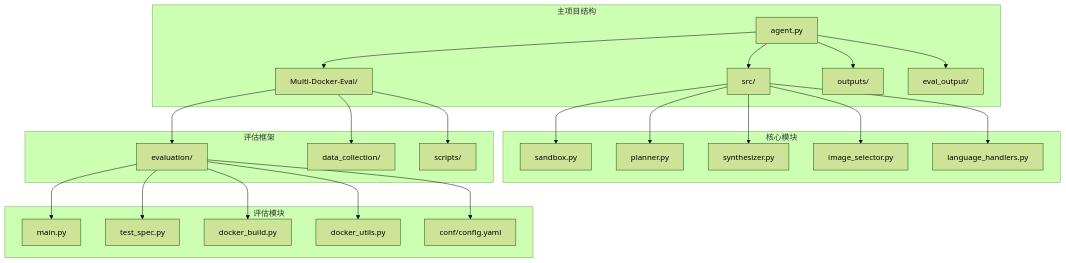
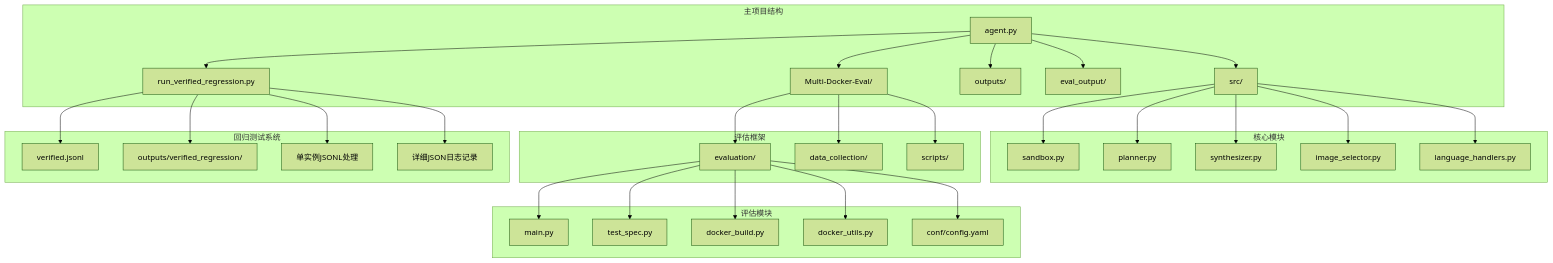
One commit to Jayint/Jayint-repo changed the first of 13 diagrams in .qoder/repowiki/zh/content/核心组件/多Docker评估系统/增强评估框架.md. Above: the diagram before and after it, drawn with Mermaid (forest theme). The commit also changed other lines of this file and 497 other files, not shown here.

````diff
--- a/.qoder/repowiki/zh/content/核心组件/多Docker评估系统/增强评估框架.md
+++ b/.qoder/repowiki/zh/content/核心组件/多Docker评估系统/增强评估框架.md
@@ -48,28 +61,35 @@
 ```mermaid
 graph TB
 subgraph "主项目结构"
 A[agent.py] --> B[src/]
 A --> C[Multi-Docker-Eval/]
 A --> D[outputs/]
 A --> E[eval_output/]
+A --> F[run_verified_regression.py]
 end
 subgraph "核心模块"
 B --> B1[sandbox.py]
 B --> B2[planner.py]
 B --> B3[synthesizer.py]
 B --> B4[image_selector.py]
 B --> B5[language_handlers.py]
 end
 subgraph "评估框架"
 C --> C1[evaluation/]
 C --> C2[data_collection/]
 C --> C3[scripts/]
 end
 subgraph "评估模块"
 C1 --> C11[main.py]
 C1 --> C12[test_spec.py]
 C1 --> C13[docker_build.py]
 C1 --> C14[docker_utils.py]
 C1 --> C15[conf/config.yaml]
 end
+subgraph "回归测试系统"
+F --> F1[verified.jsonl]
+F --> F2[outputs/verified_regression/]
+F --> F3[单实例JSONL处理]
+F --> F4[详细JSON日志记录]
+end
 ```
````
